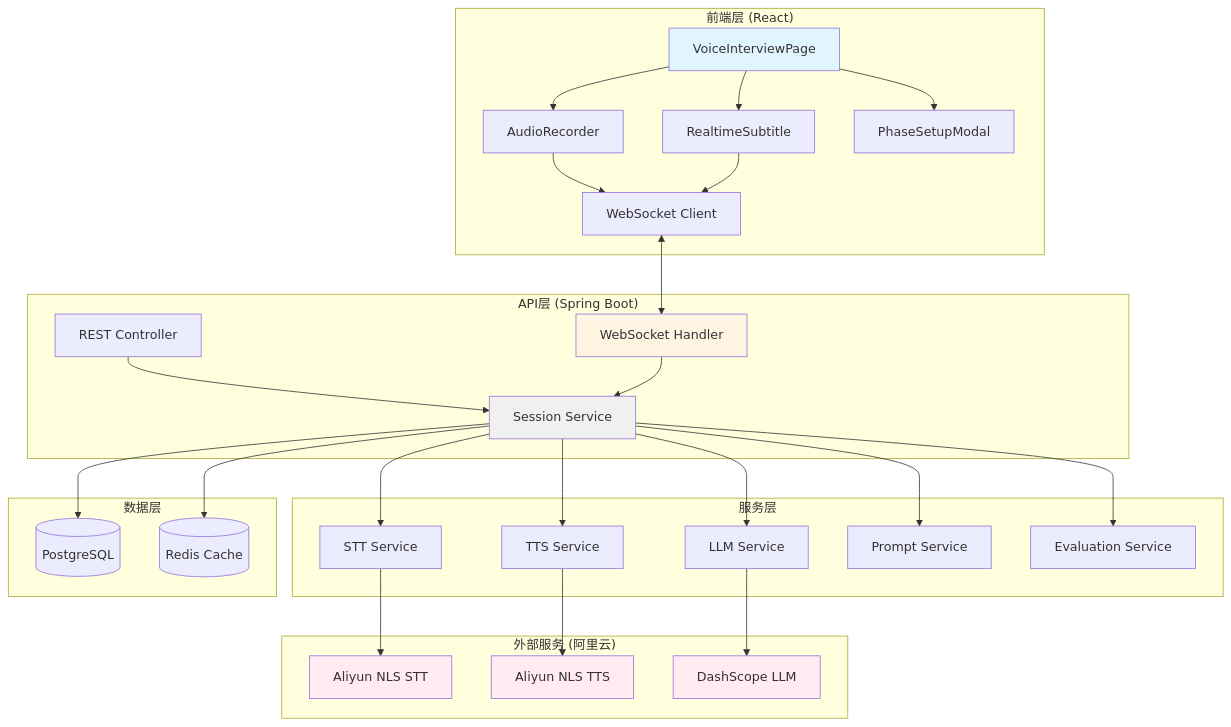
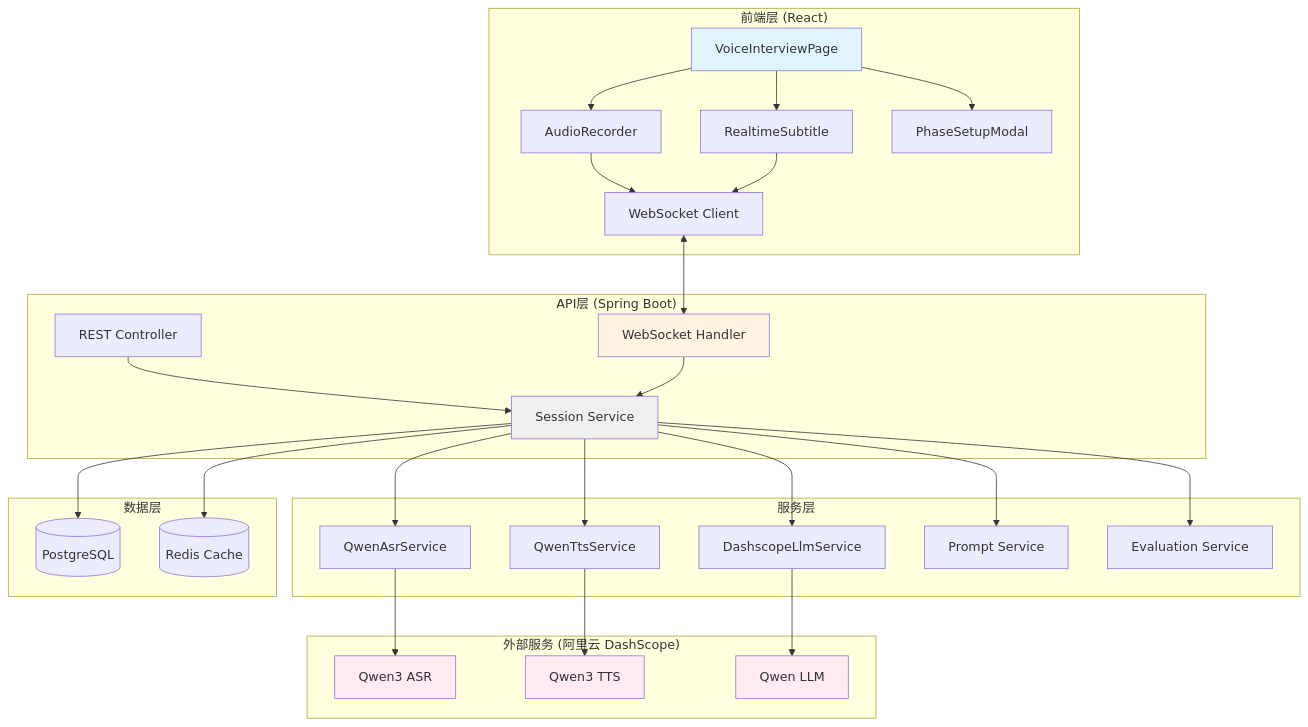
Before and after one commit to Celestialpppo/interview-guide: the first of 6 diagrams in docs/voice-interview-architecture.md, drawn with Mermaid. The commit also changed other lines of this file and 24 other files, not shown here.

````diff
--- a/docs/voice-interview-architecture.md
+++ b/docs/voice-interview-architecture.md
@@ -11,42 +20,42 @@
 ```mermaid
 graph TB
     subgraph "前端层 (React)"
         A[VoiceInterviewPage] --> B[AudioRecorder]
         A --> C[RealtimeSubtitle]
         A --> D[PhaseSetupModal]
         B --> E[WebSocket Client]
         C --> E
     end
 
     subgraph "API层 (Spring Boot)"
         E <--> F[WebSocket Handler]
         G[REST Controller] --> H[Session Service]
         F --> H
     end
 
     subgraph "服务层"
-        H --> I[STT Service]
-        H --> J[LLM Service]
-        H --> K[TTS Service]
+        H --> I[QwenAsrService]
+        H --> J[DashscopeLlmService]
+        H --> K[QwenTtsService]
         H --> L[Prompt Service]
         H --> M[Evaluation Service]
     end
 
-    subgraph "外部服务 (阿里云)"
-        I --> N[Aliyun NLS STT]
-        K --> O[Aliyun NLS TTS]
-        J --> P[DashScope LLM]
+    subgraph "外部服务 (阿里云 DashScope)"
+        I --> N[Qwen3 ASR]
+        K --> O[Qwen3 TTS]
+        J --> P[Qwen LLM]
     end
 
     subgraph "数据层"
         H --> Q[(PostgreSQL)]
         H --> R[(Redis Cache)]
     end
 
     style A fill:#e1f5ff
     style F fill:#fff4e1
     style H fill:#f0f0f0
     style N fill:#ffebf0
     style O fill:#ffebf0
     style P fill:#ffebf0
 ```
````
